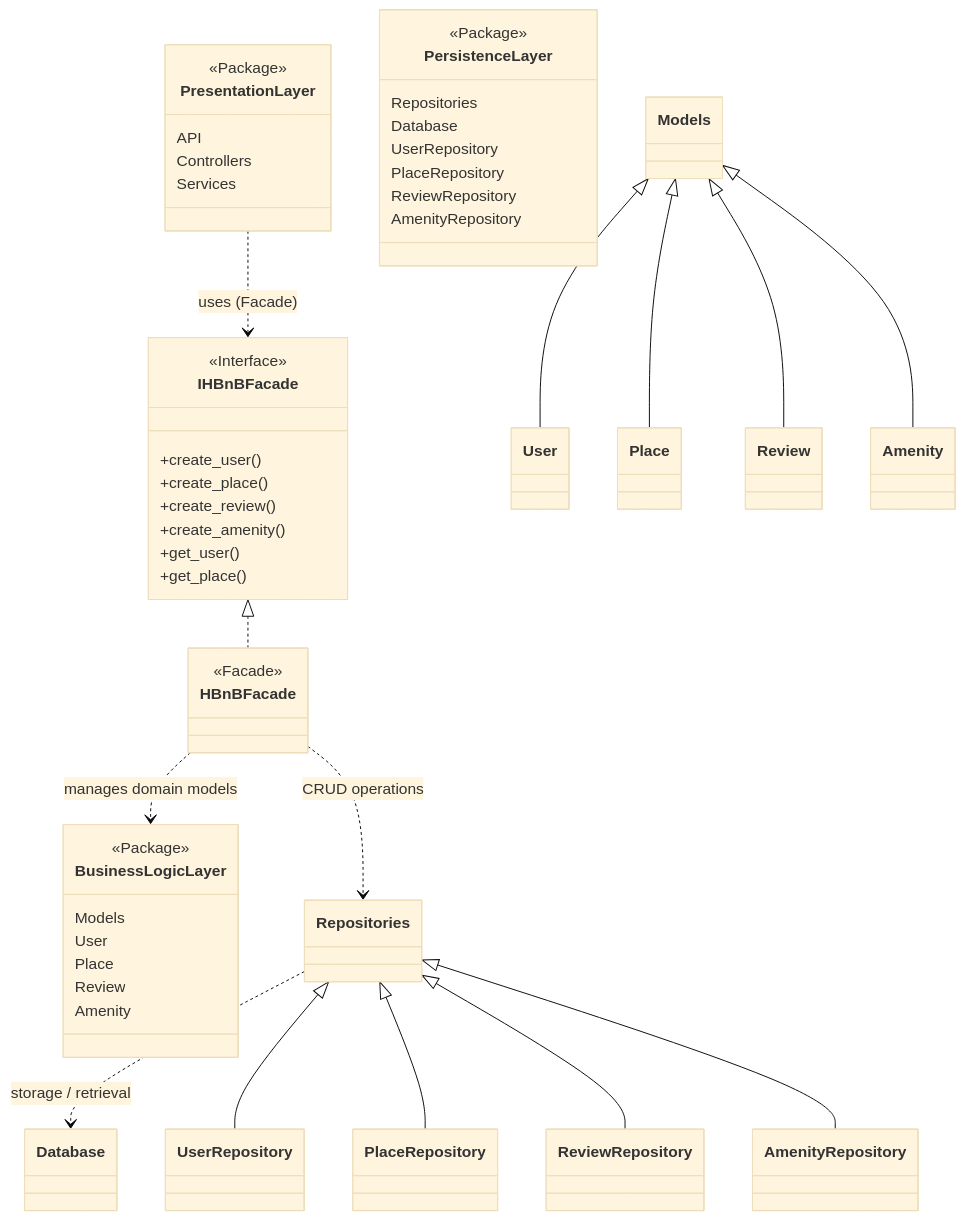
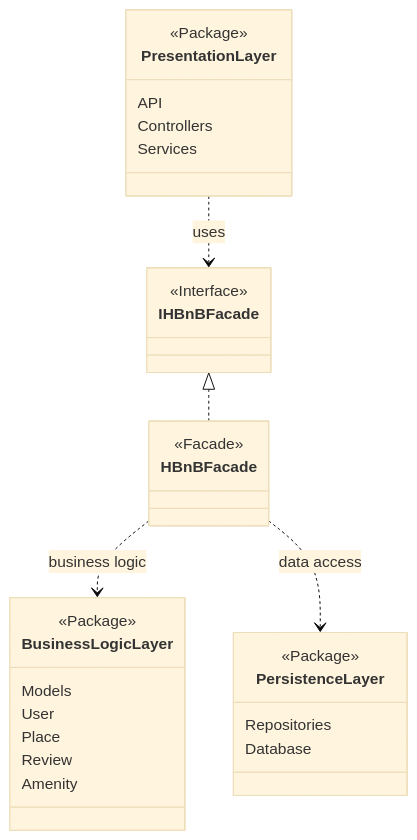
One commit to Nouf2027/holbertonschool-hbnb changed the diagram in part1/README.md. Above: the diagram before and after it, drawn with Mermaid (base theme). The commit also changed other lines of this file, not shown here.

Commit message:
Task 0: add high-level package diagram

````diff
--- a/part1/README.md
+++ b/part1/README.md
@@ -5,73 +5,40 @@
 ```mermaid
 classDiagram
 direction TB
 
-%% =======================
-%% Presentation Layer
-%% =======================
 class PresentationLayer {
   <<Package>>
   API
   Controllers
   Services
 }
 
-%% =======================
-%% Business Logic Layer
-%% =======================
 class BusinessLogicLayer {
   <<Package>>
   Models
   User
   Place
   Review
   Amenity
 }
 
 class IHBnBFacade {
   <<Interface>>
-  +create_user()
-  +create_place()
-  +create_review()
-  +create_amenity()
-  +get_user()
-  +get_place()
 }
 
 class HBnBFacade {
   <<Facade>>
 }
 
 IHBnBFacade <|.. HBnBFacade
 
-%% =======================
-%% Persistence Layer
-%% =======================
 class PersistenceLayer {
   <<Package>>
   Repositories
   Database
-  UserRepository
-  PlaceRepository
-  ReviewRepository
-  AmenityRepository
 }
 
-%% =======================
-%% Relationships
-%% =======================
-PresentationLayer ..> IHBnBFacade : uses (Facade)
-HBnBFacade ..> BusinessLogicLayer : manages domain models
-HBnBFacade ..> Repositories : CRUD operations
-Repositories ..> Database : storage / retrieval
-
-Models <|-- User
-Models <|-- Place
-Models <|-- Review
-Models <|-- Amenity
-
-Repositories <|-- UserRepository
-Repositories <|-- PlaceRepository
-Repositories <|-- ReviewRepository
-Repositories <|-- AmenityRepository
+PresentationLayer ..> IHBnBFacade : uses
+HBnBFacade ..> BusinessLogicLayer : business logic
+HBnBFacade ..> PersistenceLayer : data access
 ```
````
